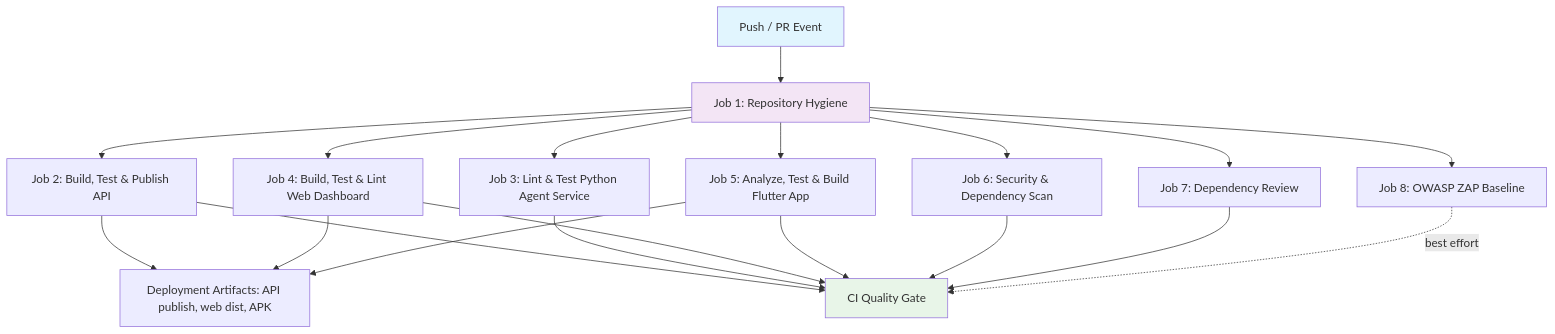
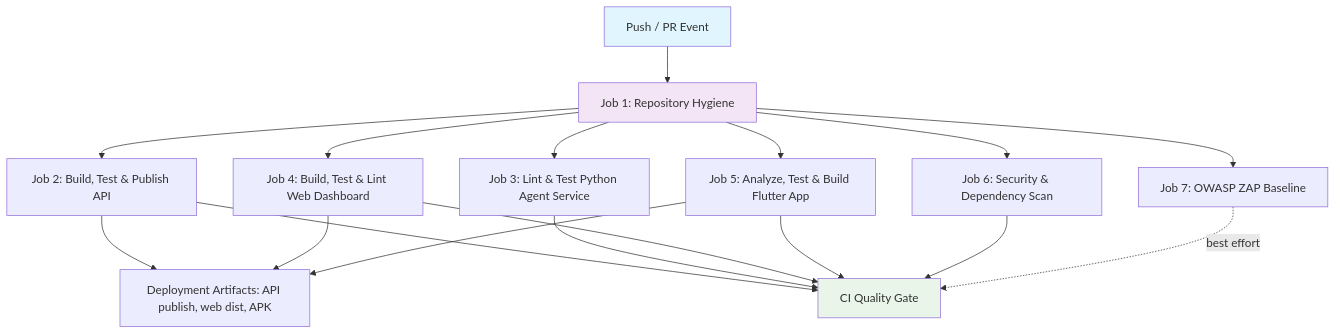
One commit to KavinduNirmal/aveline changed the diagram in spec/spec-process-cicd-ci.md. Above: the diagram before and after it, drawn with Mermaid. The commit also changed other lines of this file and 5 other files, not shown here.

Commit message:
(fix) Resolve CI failures on PR: lazy env, remove dep-review, SARIF perms, ZAP env

````diff
--- a/spec/spec-process-cicd-ci.md
+++ b/spec/spec-process-cicd-ci.md
@@ -23,25 +23,23 @@
 ```mermaid
 graph TD
     Trigger[Push / PR Event] --> Hygiene[Job 1: Repository Hygiene]
     Hygiene --> BuildApi[Job 2: Build, Test & Publish API]
     Hygiene --> TestPython[Job 3: Lint & Test Python Agent Service]
     Hygiene --> TestWeb[Job 4: Build, Test & Lint Web Dashboard]
     Hygiene --> TestFlutter[Job 5: Analyze, Test & Build Flutter App]
     Hygiene --> Security[Job 6: Security & Dependency Scan]
-    Hygiene --> DepReview[Job 7: Dependency Review]
-    Hygiene --> Zap[Job 8: OWASP ZAP Baseline]
+    Hygiene --> Zap[Job 7: OWASP ZAP Baseline]
     BuildApi --> Artifacts[Deployment Artifacts: API publish, web dist, APK]
     TestWeb --> Artifacts
     TestFlutter --> Artifacts
     BuildApi --> Gate[CI Quality Gate]
     TestPython --> Gate
     TestWeb --> Gate
     TestFlutter --> Gate
     Security --> Gate
-    DepReview --> Gate
     Zap -. best effort .-> Gate
 
     style Trigger fill:#e1f5fe
     style Hygiene fill:#f3e5f5
     style Gate fill:#e8f5e8
 ```
````
